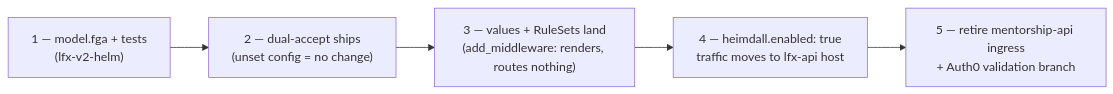
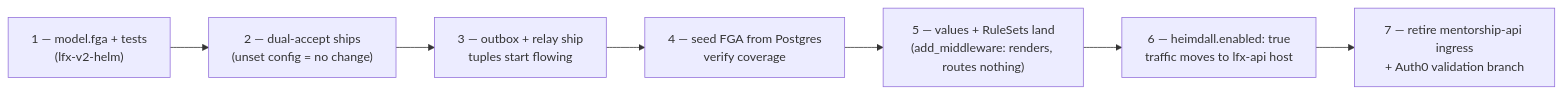
One commit to linuxfoundation/lfx-mentorship changed the third of 3 diagrams in docs/rewrite/05-heimdall-gateway.md. Above: the diagram before and after it, drawn with Mermaid. The commit also changed other lines of this file and 2 other files, not shown here.

````diff
--- a/docs/rewrite/05-heimdall-gateway.md
+++ b/docs/rewrite/05-heimdall-gateway.md
@@ -112,7 +121,9 @@
 ```mermaid
 flowchart LR
     A["1 — model.fga + tests<br/>(lfx-v2-helm)"] --> B["2 — dual-accept ships<br/>(unset config = no change)"]
-    B --> C["3 — values + RuleSets land<br/>(add_middleware: renders, routes nothing)"]
-    C --> D["4 — heimdall.enabled: true<br/>traffic moves to lfx-api host"]
-    D --> E["5 — retire mentorship-api ingress<br/>+ Auth0 validation branch"]
+    B --> C["3 — outbox + relay ship<br/>tuples start flowing"]
+    C --> D["4 — seed FGA from Postgres<br/>verify coverage"]
+    D --> E["5 — values + RuleSets land<br/>(add_middleware: renders, routes nothing)"]
+    E --> F["6 — heimdall.enabled: true<br/>traffic moves to lfx-api host"]
+    F --> G["7 — retire mentorship-api ingress<br/>+ Auth0 validation branch"]
 ```
````
